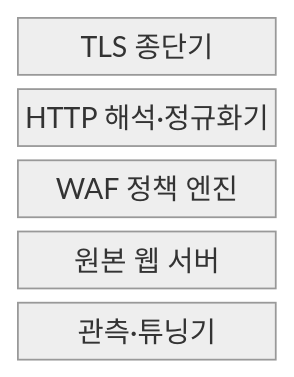
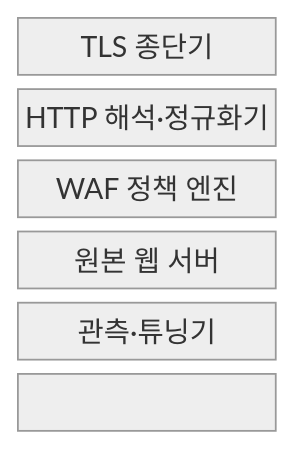
One commit to agnusdei1207/knowledge-base changed the first of 2 diagrams in src/content/docs/notes/04-network/091_waf_web_application_firewall.md. Above: the diagram before and after it, drawn with Mermaid (neutral theme). The commit also changed other lines of this file and 122 other files, not shown here.

````diff
--- a/src/content/docs/notes/04-network/091_waf_web_application_firewall.md
+++ b/src/content/docs/notes/04-network/091_waf_web_application_firewall.md
@@ -52,9 +52,11 @@
 ```mermaid
 block-beta
     columns 1
     TLS["TLS 종단기"]
     NORMALIZER["HTTP 해석·정규화기"]
     POLICY["WAF 정책 엔진"]
     ORIGIN["원본 웹 서버"]
     TUNING["관측·튜닝기"]
+    TLS --- NORMALIZER --- POLICY
+    POLICY --- ORIGIN --- TUNING
 ```
````
